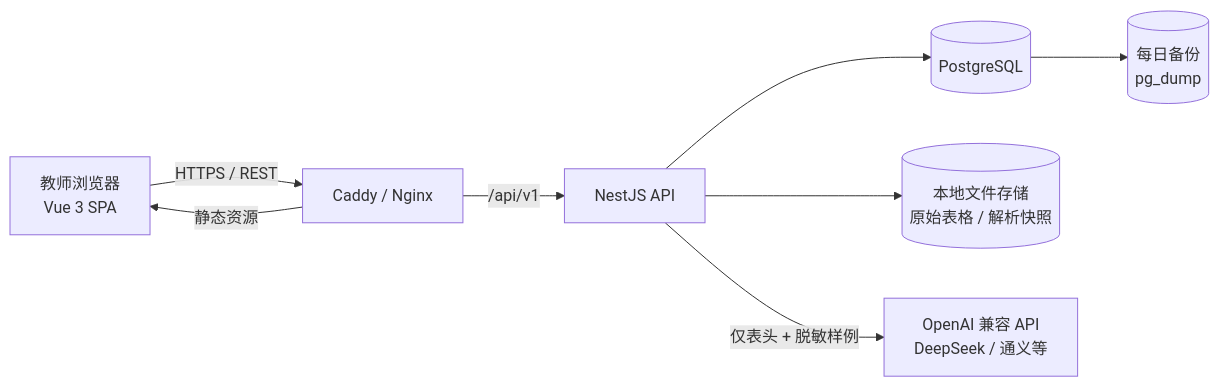
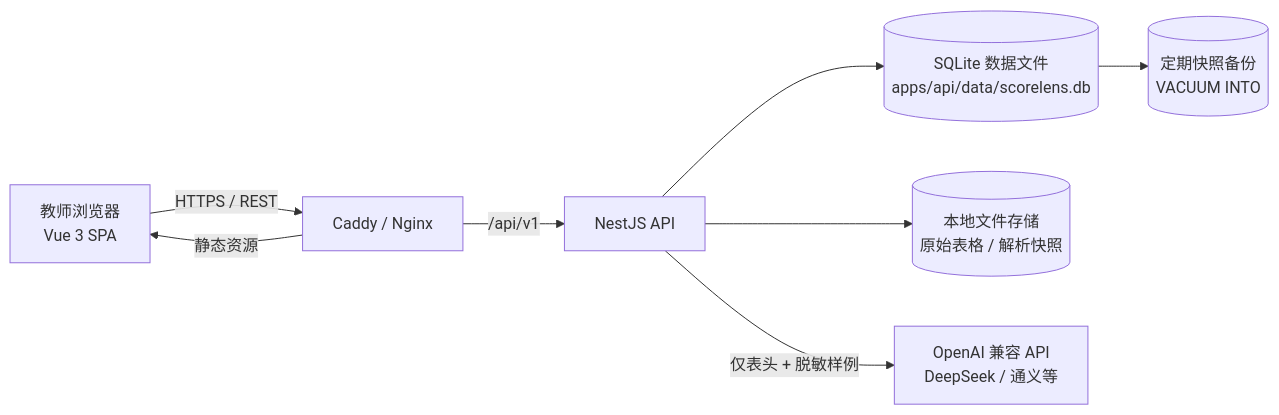
Before and after one commit to fuqin123/teacher: the first of 3 diagrams in docs/01-项目架构.md, drawn with Mermaid. The commit also changed other lines of this file and 29 other files, not shown here.

````diff
--- a/docs/01-项目架构.md
+++ b/docs/01-项目架构.md
@@ -77,10 +77,10 @@
 ```mermaid
 flowchart LR
   B[教师浏览器<br/>Vue 3 SPA] -->|HTTPS / REST| N[Caddy / Nginx]
   N -->|静态资源| B
   N -->|/api/v1| A[NestJS API]
-  A --> P[(PostgreSQL)]
+  A --> P[(SQLite 数据文件<br/>apps/api/data/scorelens.db)]
   A --> F[(本地文件存储<br/>原始表格 / 解析快照)]
   A -->|仅表头 + 脱敏样例| L[OpenAI 兼容 API<br/>DeepSeek / 通义等]
-  P --> K[(每日备份<br/>pg_dump)]
+  P --> K[(定期快照备份<br/>VACUUM INTO)]
 ```
````
